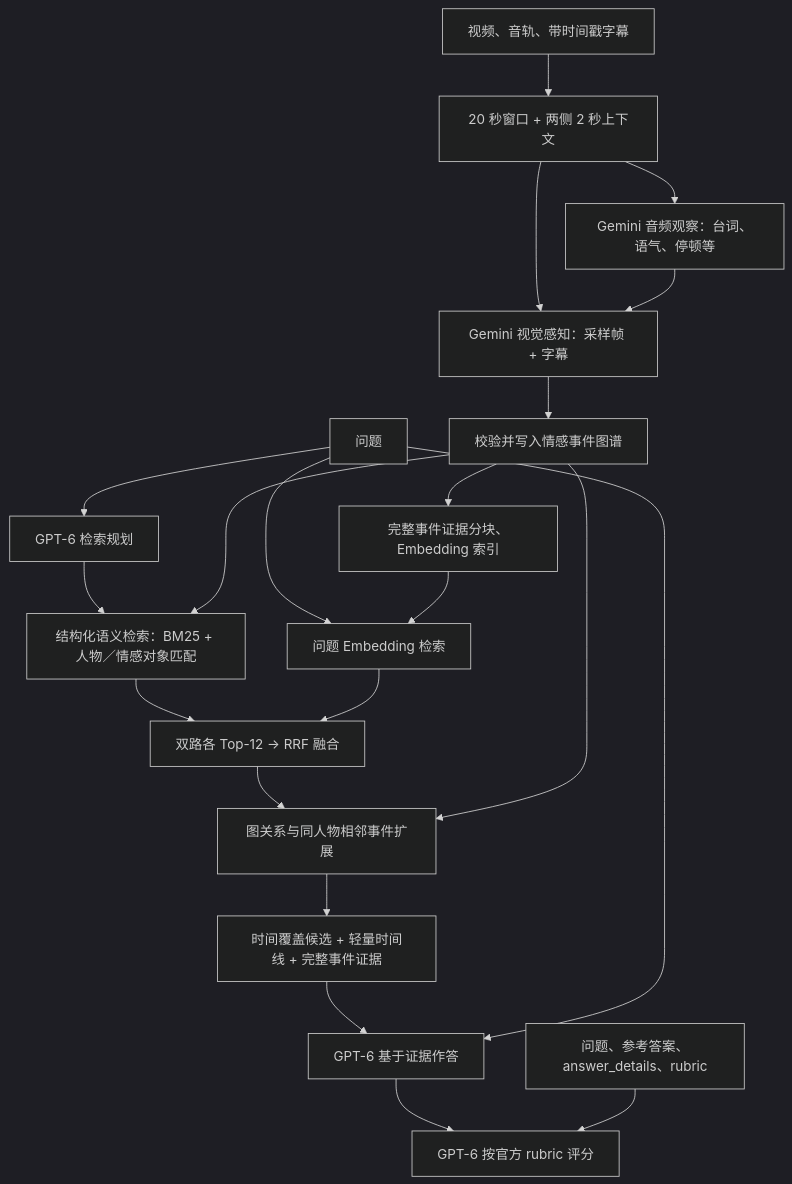
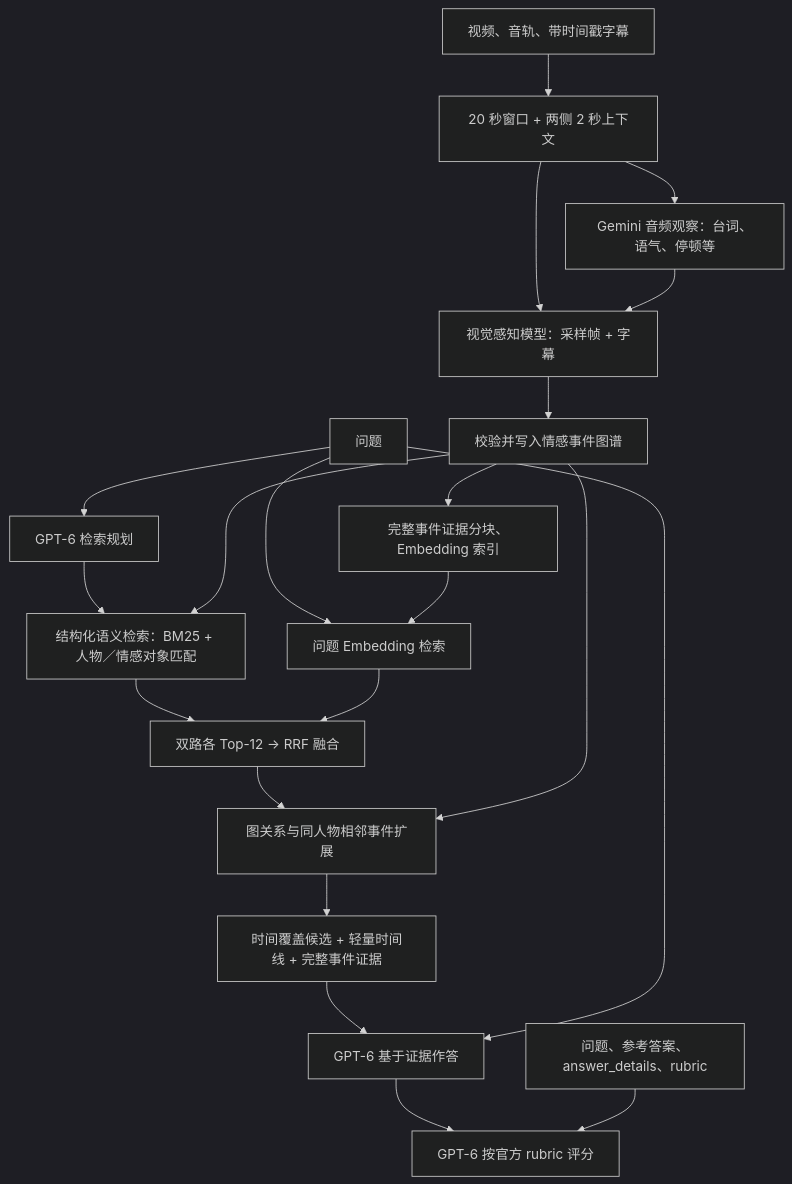
Before and after one commit to mcflurryshuoz/LongEmo: the diagram in README.md, drawn with Mermaid (dark theme). The commit also changed other lines of this file and 12 other files, not shown here.

````diff
--- a/README.md
+++ b/README.md
@@ -13,23 +13,23 @@
 ```mermaid
 flowchart TD
     V[视频、音轨、带时间戳字幕] --> W[20 秒窗口 + 两侧 2 秒上下文]
     W --> A[Gemini 音频观察：台词、语气、停顿等]
-    W --> P[Gemini 视觉感知：采样帧 + 字幕]
+    W --> P[视觉感知模型：采样帧 + 字幕]
     A --> P
     P --> M[校验并写入情感事件图谱]
     M --> D[完整事件证据分块、Embedding 索引]
     Q[问题] --> L[GPT-6 检索规划]
     L --> S[结构化语义检索：BM25 + 人物／情感对象匹配]
     M --> S
     Q --> E[问题 Embedding 检索]
     D --> E
     S --> R[双路各 Top-12 → RRF 融合]
     E --> R
     R --> G[图关系与同人物相邻事件扩展]
     M --> G
     G --> C[时间覆盖候选 + 轻量时间线 + 完整事件证据]
     C --> B[GPT-6 基于证据作答]
     Q --> B
     B --> J[GPT-6 按官方 rubric 评分]
     T[问题、参考答案、answer_details、rubric] --> J
 ```
````
